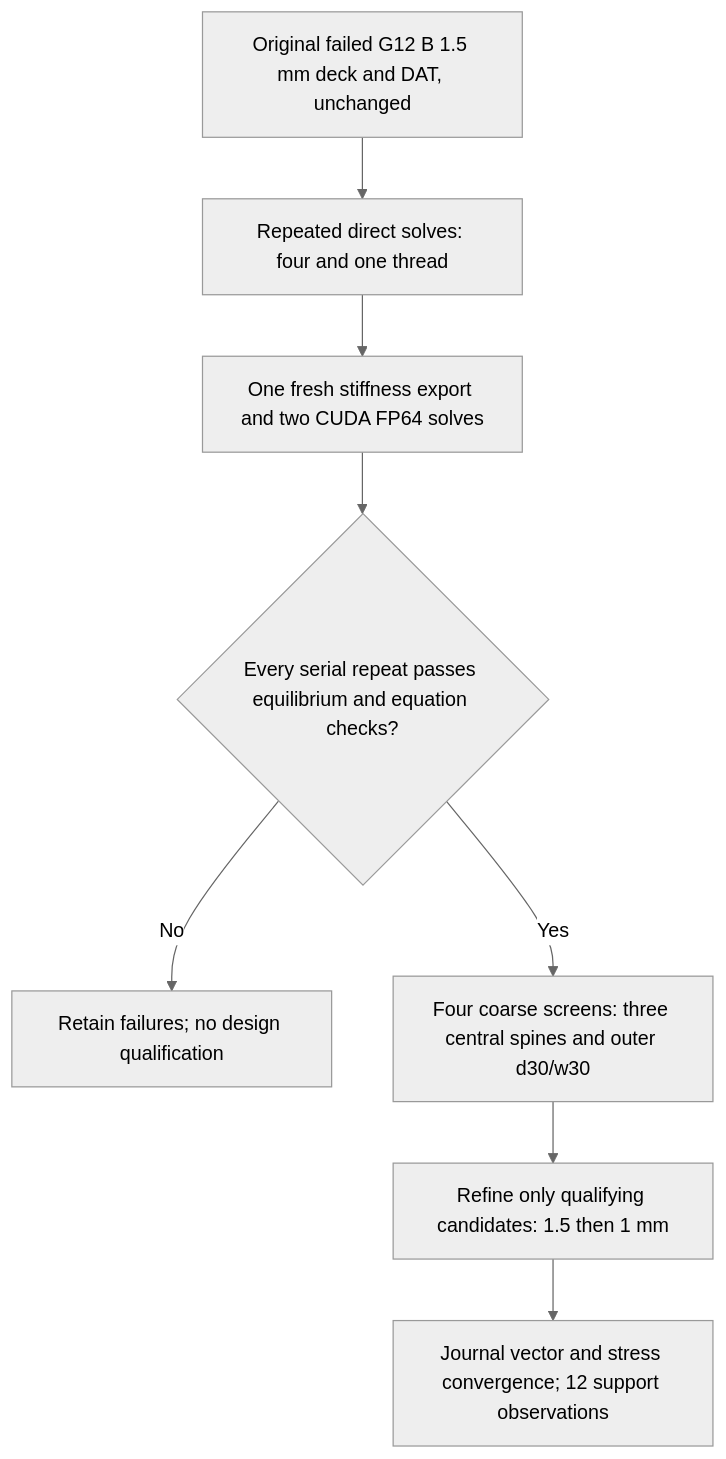
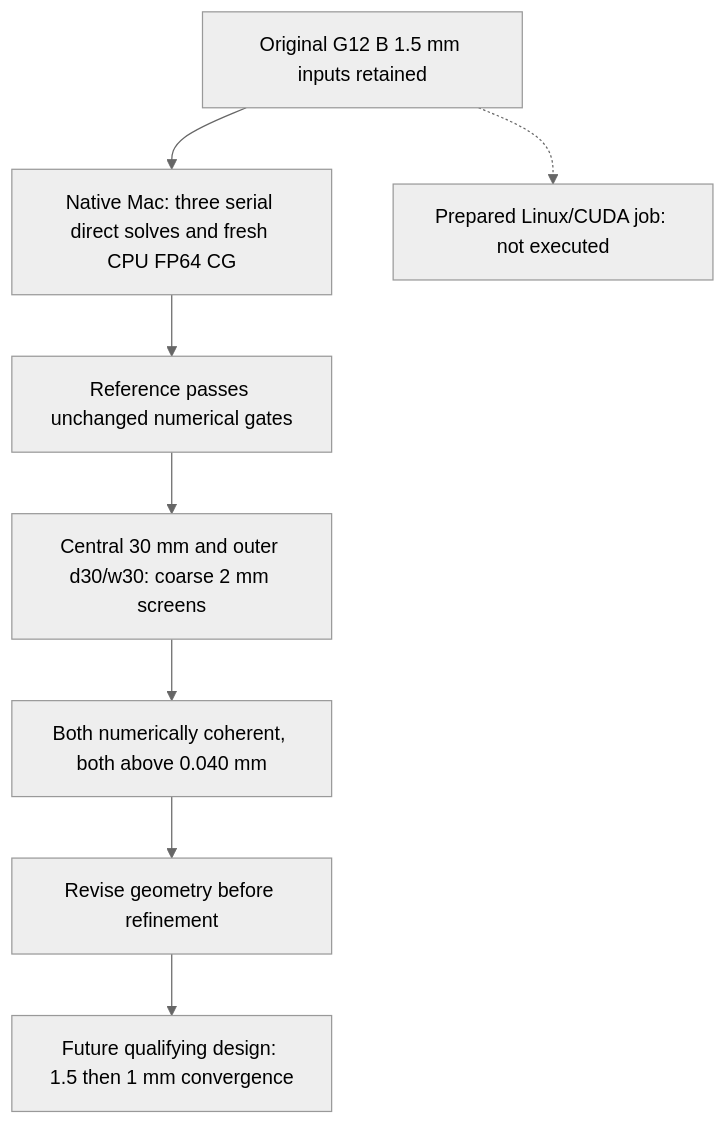
One commit to cluster2600/porscheparts changed the diagram in docs/reports/M64_G13_SUPPORT_REFERENCE_20260926.md. Above: the diagram before and after it, drawn with Mermaid (neutral theme). The commit also changed other lines of this file and 5 other files, not shown here.

Commit message:
Record G13 coarse stiffness failures and native calculation provenance

````diff
--- a/docs/reports/M64_G13_SUPPORT_REFERENCE_20260926.md
+++ b/docs/reports/M64_G13_SUPPORT_REFERENCE_20260926.md
@@ -57,10 +58,10 @@
 ```mermaid
 flowchart TD
-  A[Original failed G12 B 1.5 mm deck and DAT, unchanged] --> B[Repeated direct solves: four and one thread]
-  B --> C[One fresh stiffness export and two CUDA FP64 solves]
-  C --> D{Every serial repeat passes equilibrium and equation checks?}
-  D -->|No| E[Retain failures; no design qualification]
-  D -->|Yes| F[Four coarse screens: three central spines and outer d30/w30]
-  F --> G[Refine only qualifying candidates: 1.5 then 1 mm]
-  G --> H[Journal vector and stress convergence; 12 support observations]
+  A[Original G12 B 1.5 mm inputs retained] --> B[Native Mac: three serial direct solves and fresh CPU FP64 CG]
+  B --> C[Reference passes unchanged numerical gates]
+  C --> D[Central 30 mm and outer d30/w30: coarse 2 mm screens]
+  D --> E[Both numerically coherent, both above 0.040 mm]
+  E --> F[Revise geometry before refinement]
+  F --> G[Future qualifying design: 1.5 then 1 mm convergence]
+  A -.-> H[Prepared Linux/CUDA job: not executed]
 ```
````
